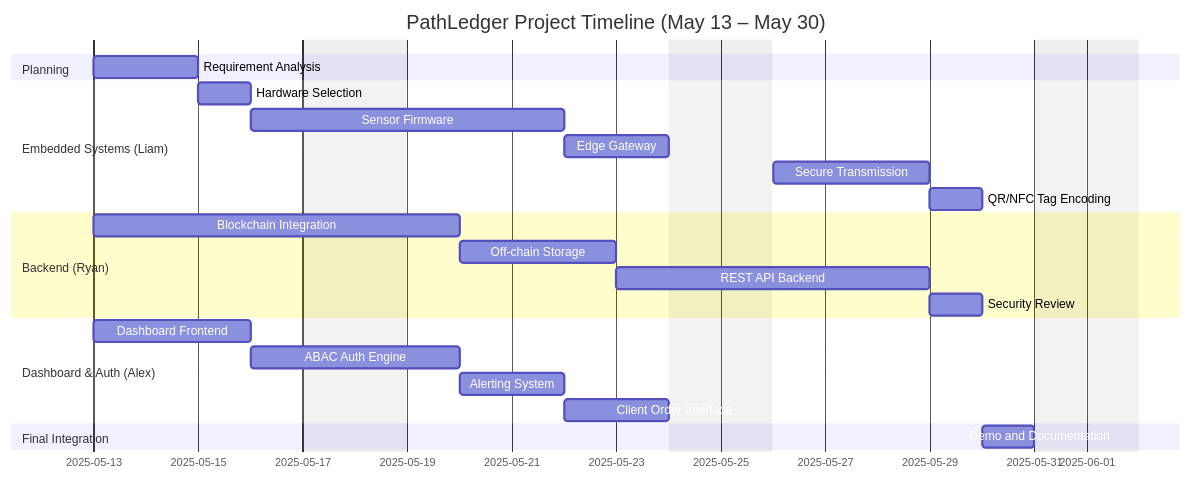
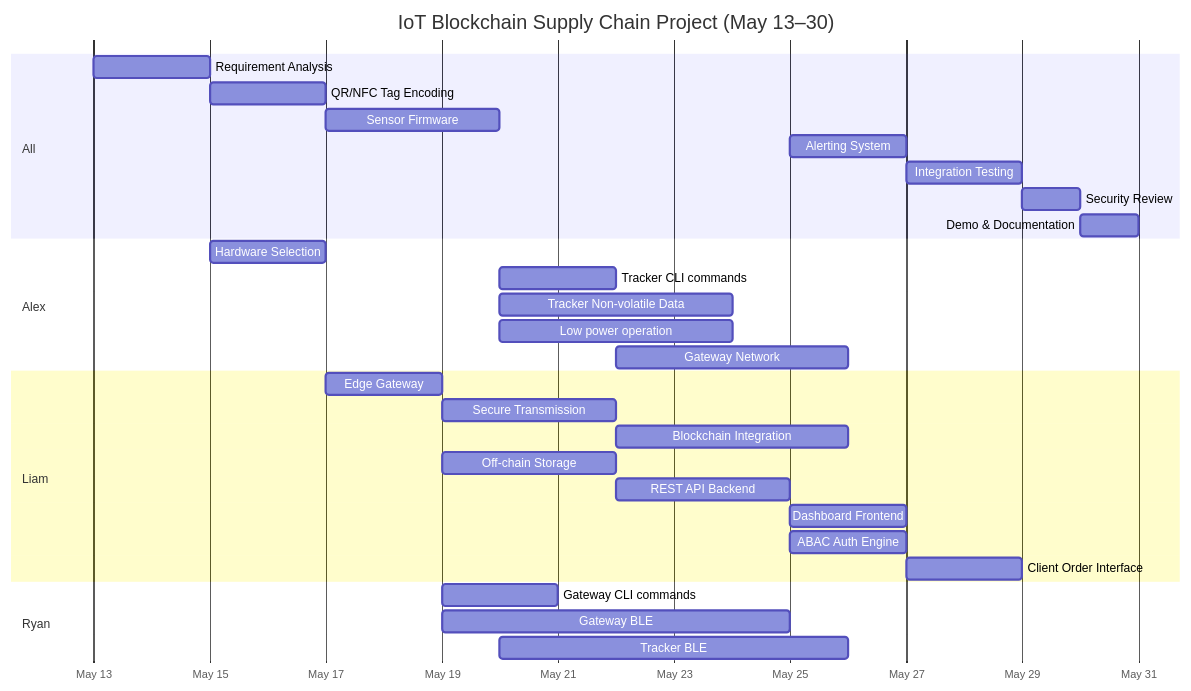
The fourth of 4 diagrams in README.md (liammulhern/CSSE4011), drawn with Mermaid before and after one commit.

Commit message:
docs: Updates flowchart

````diff
--- a/README.md
+++ b/README.md
@@ -186,31 +186,37 @@
 ```mermaid
 gantt
-    title PathLedger Project Timeline (May 13 – May 30)
+    title IoT Blockchain Supply Chain Project (May 13–30)
     dateFormat  YYYY-MM-DD
-    excludes weekends
+    axisFormat  %b %d
 
-    section Planning
-    Requirement Analysis        :a1, 2025-05-13, 2d
+    section All
+    Requirement Analysis           :T1, 2025-05-13, 2d
+    QR/NFC Tag Encoding            :T12, after T1, 2d
+    Sensor Firmware                :T3, after T2, 3d
+    Alerting System                :T11, after T8, 2d
+    Integration Testing            :T14, after T9, 2d
+    Security Review                :T15, after T14, 1d
+    Demo & Documentation           :T16, after T15, 1d
 
-    section Embedded Systems (Liam)
-    Hardware Selection          :a2, after a1, 1d
-    Sensor Firmware             :a3, after a2, 4d
-    Edge Gateway                :a4, after a3, 2d
-    Secure Transmission         :a5, after a4, 3d
-    QR/NFC Tag Encoding         :a6, after a5, 1d
+    section Alex
+    Hardware Selection             :T2, after T1, 2d
+    Tracker CLI commands           :T17, after T3, 2d
+    Tracker Non-volatile Data      :T19, after T3, 4d
+    Low power operation            :T23, after T3, 4d
+    Gateway Network                :T22, after T5, 4d
 
-    section Backend (Ryan)
-    Blockchain Integration      :b1, 2025-05-13, 5d
-    Off-chain Storage           :b2, after b1, 3d
-    REST API Backend            :b3, after b2, 4d
-    Security Review             :b4, after b3, 1d
+    section Liam
+    Edge Gateway                   :T4, after T2, 2d
+    Secure Transmission            :T5, after T4, 3d
+    Blockchain Integration         :T6, after T5, 4d
+    Off-chain Storage              :T7, after T4, 3d
+    REST API Backend               :T8, after T7, 3d
+    Dashboard Frontend             :T9, after T8, 2d
+    ABAC Auth Engine               :T10, after T8, 2d
+    Client Order Interface         :T13, after T10, 2d
 
-    section Dashboard & Auth (Alex)
-    Dashboard Frontend          :c1, 2025-05-13, 3d
-    ABAC Auth Engine            :c2, after c1, 2d
-    Alerting System             :c3, after c2, 2d
-    Client Order Interface      :c4, after c3, 2d
-
-    section Final Integration
-    Demo and Documentation      :d1, after a6, 1d
+    section Ryan
+    Gateway CLI commands           :T18, after T4, 2d
+    Gateway BLE                    :T20, after T4, 6d
+    Tracker BLE                    :T21, after T3, 6d
 ```
````
